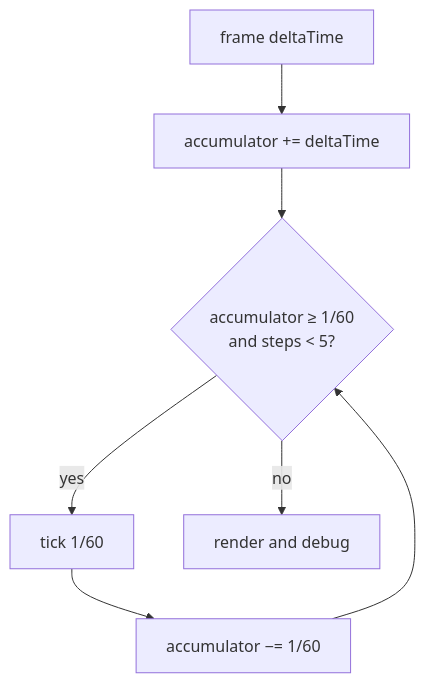
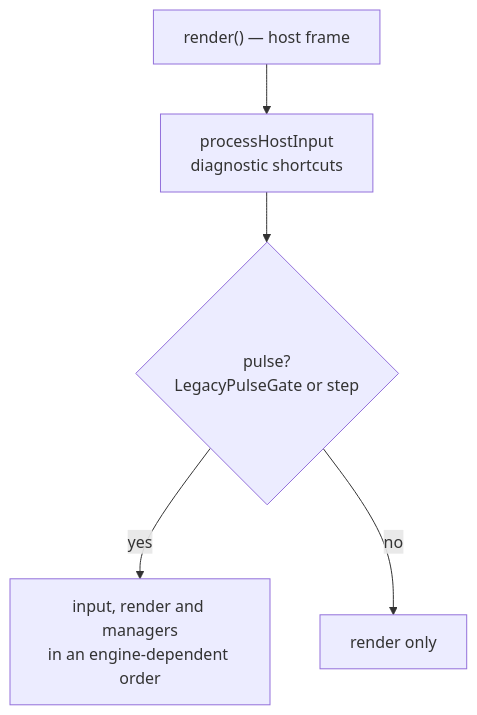
The diagram in docs/en/internals/loop.md (patryk025/Rex-EMoolator), drawn with Mermaid before and after one commit. The commit also changed other lines of this file and 83 other files, not shown here.

````diff
--- a/docs/en/internals/loop.md
+++ b/docs/en/internals/loop.md
@@ -35,9 +17,7 @@
 ```mermaid
 flowchart TD
-    A[frame deltaTime] --> B[accumulator += deltaTime]
-    B --> C{accumulator ≥ 1/60<br/>and steps < 5?}
-    C -- yes --> D[tick 1/60]
-    D --> E[accumulator −= 1/60]
-    E --> C
-    C -- no --> F[render and debug]
+    A["render() — host frame"] --> B["processHostInput<br/>diagnostic shortcuts"]
+    B --> C{"pulse?<br/>LegacyPulseGate or step"}
+    C -- yes --> D["input, render and managers<br/>in an engine-dependent order"]
+    C -- no --> E["render only"]
 ```
````
